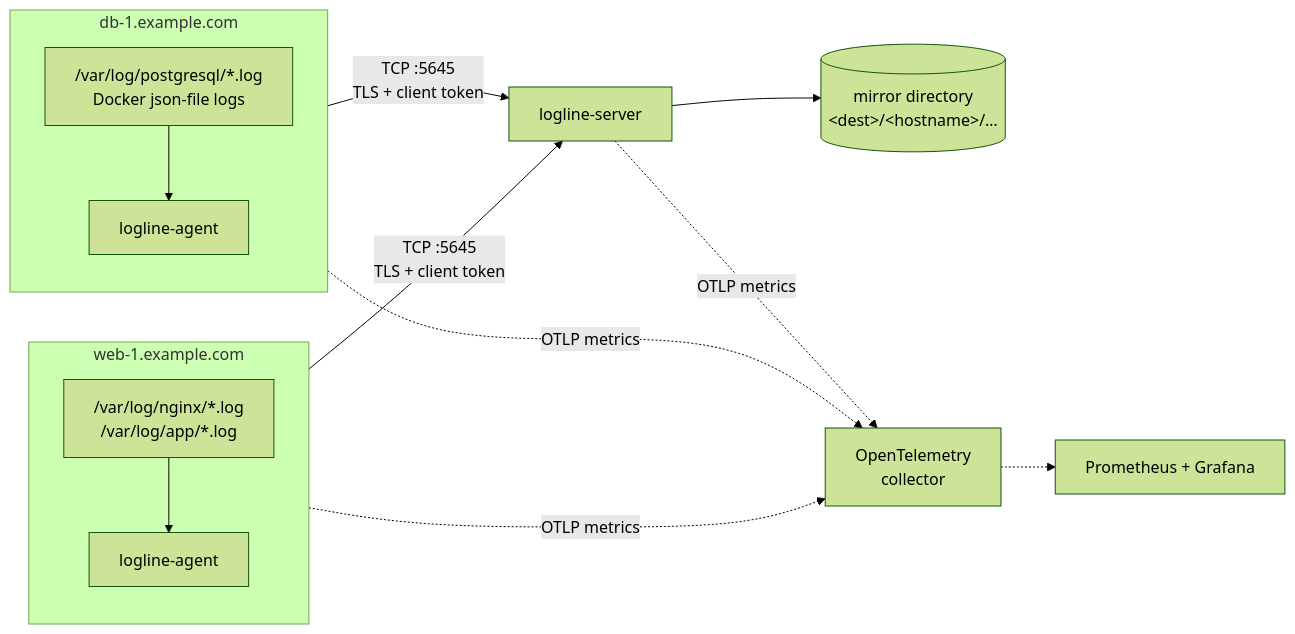
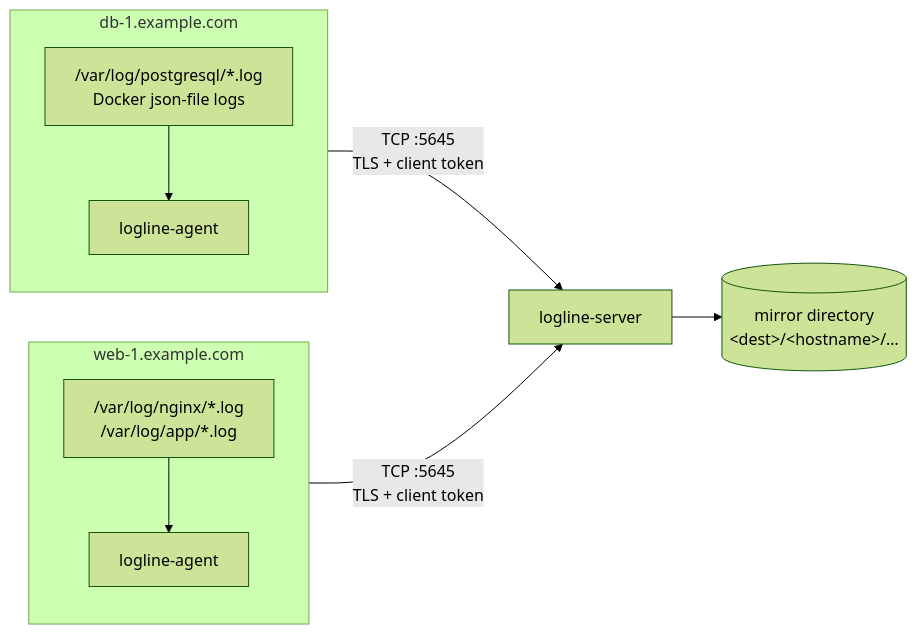
Before and after one commit to leadhub-code/logline: the first of 2 diagrams in README.md, drawn with Mermaid (forest theme).

Commit message:
docs: drop metrics from the README architecture diagram
Claude-Session: https://claude.ai/code/session_01X4AYhfVWJR8uePK2nY5Bwk

````diff
--- a/README.md
+++ b/README.md
@@ -18,20 +18,15 @@
 ```mermaid
 flowchart LR
     subgraph web1["web-1.example.com"]
         direction TB
         w1logs["/var/log/nginx/*.log<br/>/var/log/app/*.log"] --> w1agent["logline-agent"]
     end
     subgraph db1["db-1.example.com"]
         direction TB
         d1logs["/var/log/postgresql/*.log<br/>Docker json-file logs"] --> d1agent["logline-agent"]
     end
 
     w1agent -- "TCP :5645<br/>TLS + client token" --> server["logline-server"]
     d1agent -- "TCP :5645<br/>TLS + client token" --> server
     server --> mirror[("mirror directory<br/>&lt;dest&gt;/&lt;hostname&gt;/…")]
-
-    w1agent -. "OTLP metrics" .-> otel["OpenTelemetry<br/>collector"]
-    d1agent -. "OTLP metrics" .-> otel
-    server -. "OTLP metrics" .-> otel
-    otel -.-> grafana["Prometheus + Grafana"]
 ```
````
